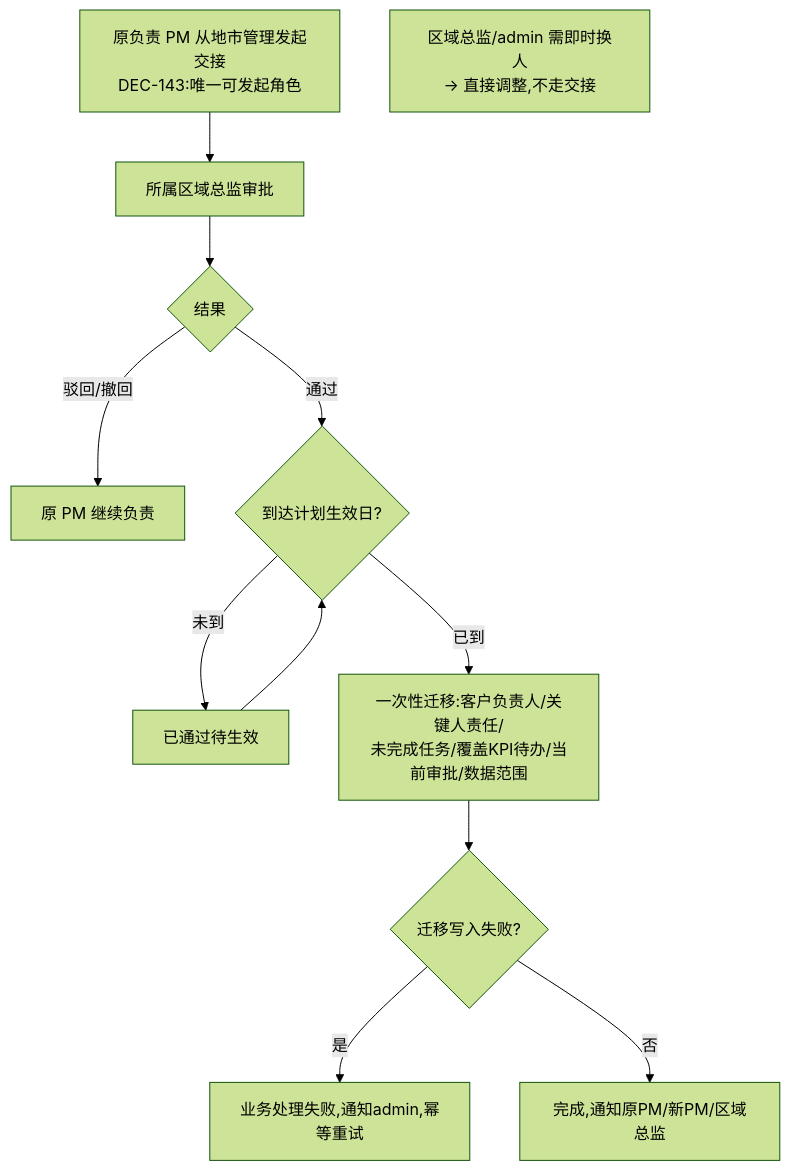
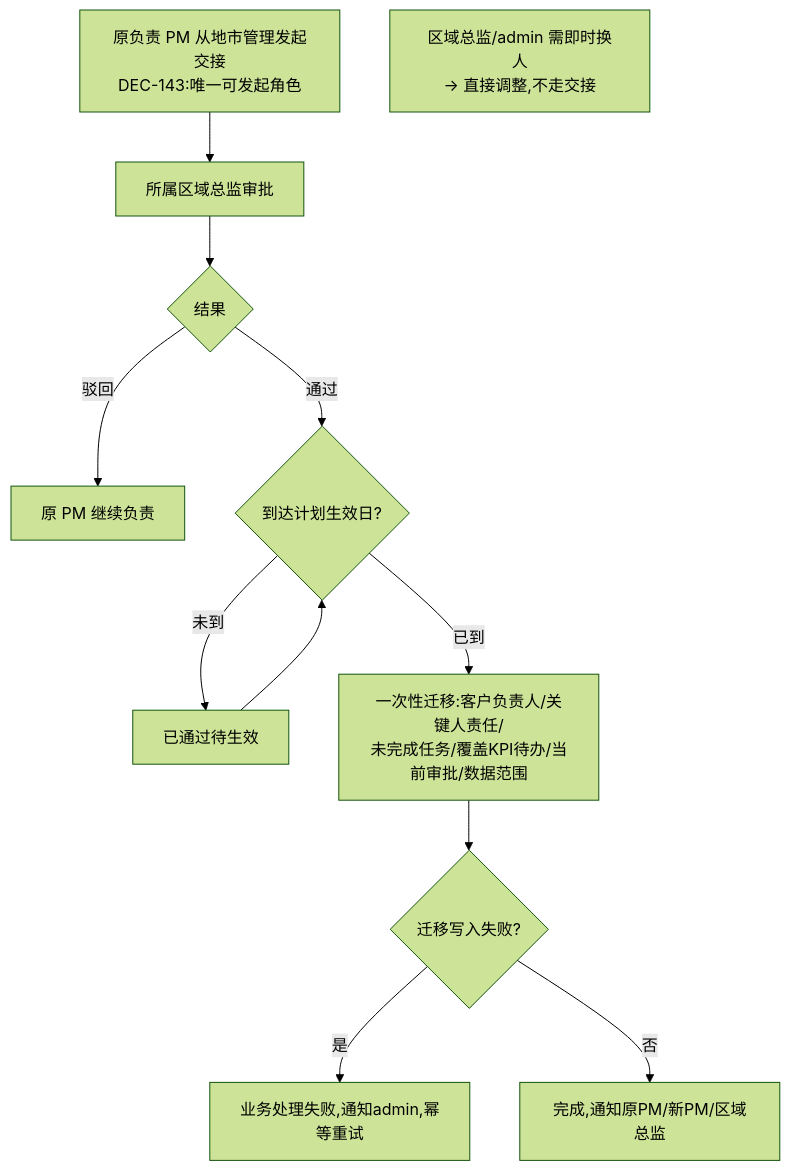
Before and after one commit to Joker-1030/Yingjia-Internal-Management-System: the diagram in prd-workspace/current/user-flows/FLOW-10-M08-city-handover-approval.md, drawn with Mermaid (forest theme). The commit also changed other lines of this file and 89 other files, not shown here.

````diff
--- a/prd-workspace/current/user-flows/FLOW-10-M08-city-handover-approval.md
+++ b/prd-workspace/current/user-flows/FLOW-10-M08-city-handover-approval.md
@@ -8,14 +8,14 @@
 ```mermaid
 flowchart TD
     A[原负责 PM 从地市管理发起交接<br/>DEC-143:唯一可发起角色] --> C[所属区域总监审批]
     C --> F{结果}
-    F -- 驳回/撤回 --> H[原 PM 继续负责]
+    F -- 驳回 --> H[原 PM 继续负责]
     F -- 通过 --> I{到达计划生效日?}
     I -- 未到 --> J[已通过待生效]
     J --> I
     I -- 已到 --> G[一次性迁移:客户负责人/关键人责任/<br/>未完成任务/覆盖KPI待办/当前审批/数据范围]
     G --> K{迁移写入失败?}
     K -- 是 --> L[业务处理失败,通知admin,幂等重试]
     K -- 否 --> M[完成,通知原PM/新PM/区域总监]
     N[区域总监/admin 需即时换人<br/>→ 直接调整,不走交接]
 ```
````
